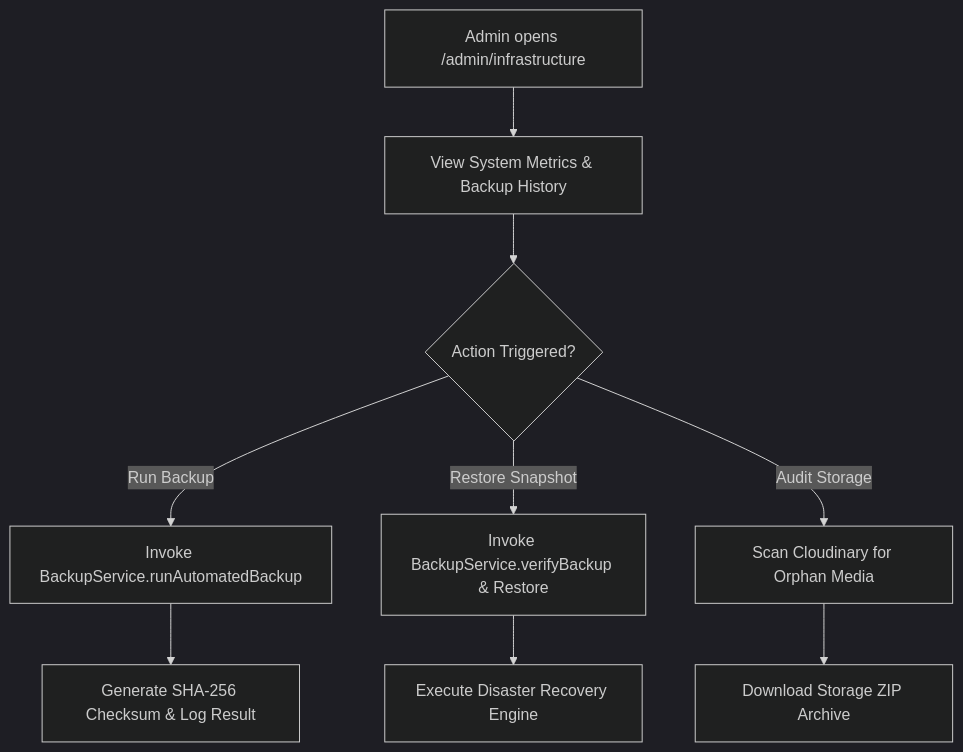
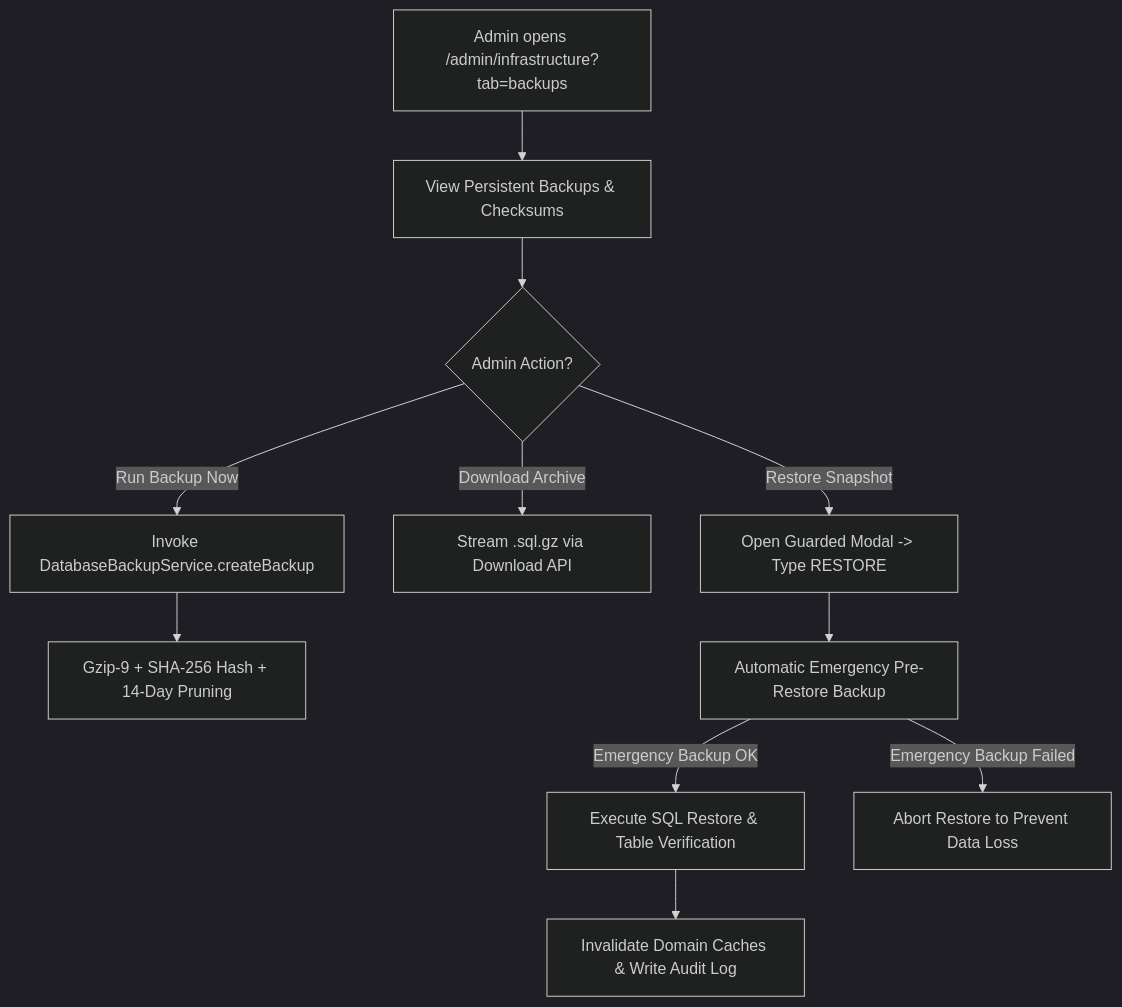
Before and after one commit to GouthamA15/KUCET_College_Management_System: the diagram in DOCUMENTATION/pages/admin-pages.md, drawn with Mermaid (dark theme). The commit also changed other lines of this file and 5 other files, not shown here.

Commit message:
docs(database): update canonical documentation across knowledge base for production backup & recovery system

````diff
--- a/DOCUMENTATION/pages/admin-pages.md
+++ b/DOCUMENTATION/pages/admin-pages.md
@@ -48,11 +49,13 @@
 ```mermaid
 flowchart TD
-    A[Admin opens /admin/infrastructure] --> B[View System Metrics & Backup History]
-    B --> C{Action Triggered?}
-    C -->|Run Backup| D[Invoke BackupService.runAutomatedBackup]
-    C -->|Restore Snapshot| E[Invoke BackupService.verifyBackup & Restore]
-    C -->|Audit Storage| F[Scan Cloudinary for Orphan Media]
-    D --> G[Generate SHA-256 Checksum & Log Result]
-    E --> H[Execute Disaster Recovery Engine]
-    F --> I[Download Storage ZIP Archive]
+    A[Admin opens /admin/infrastructure?tab=backups] --> B[View Persistent Backups & Checksums]
+    B --> C{Admin Action?}
+    C -->|Run Backup Now| D[Invoke DatabaseBackupService.createBackup]
+    C -->|Download Archive| E[Stream .sql.gz via Download API]
+    C -->|Restore Snapshot| F[Open Guarded Modal -> Type RESTORE]
+    D --> G[Gzip-9 + SHA-256 Hash + 14-Day Pruning]
+    F --> H[Automatic Emergency Pre-Restore Backup]
+    H -->|Emergency Backup OK| I[Execute SQL Restore & Table Verification]
+    I --> J[Invalidate Domain Caches & Write Audit Log]
+    H -->|Emergency Backup Failed| K[Abort Restore to Prevent Data Loss]
 ```
````
